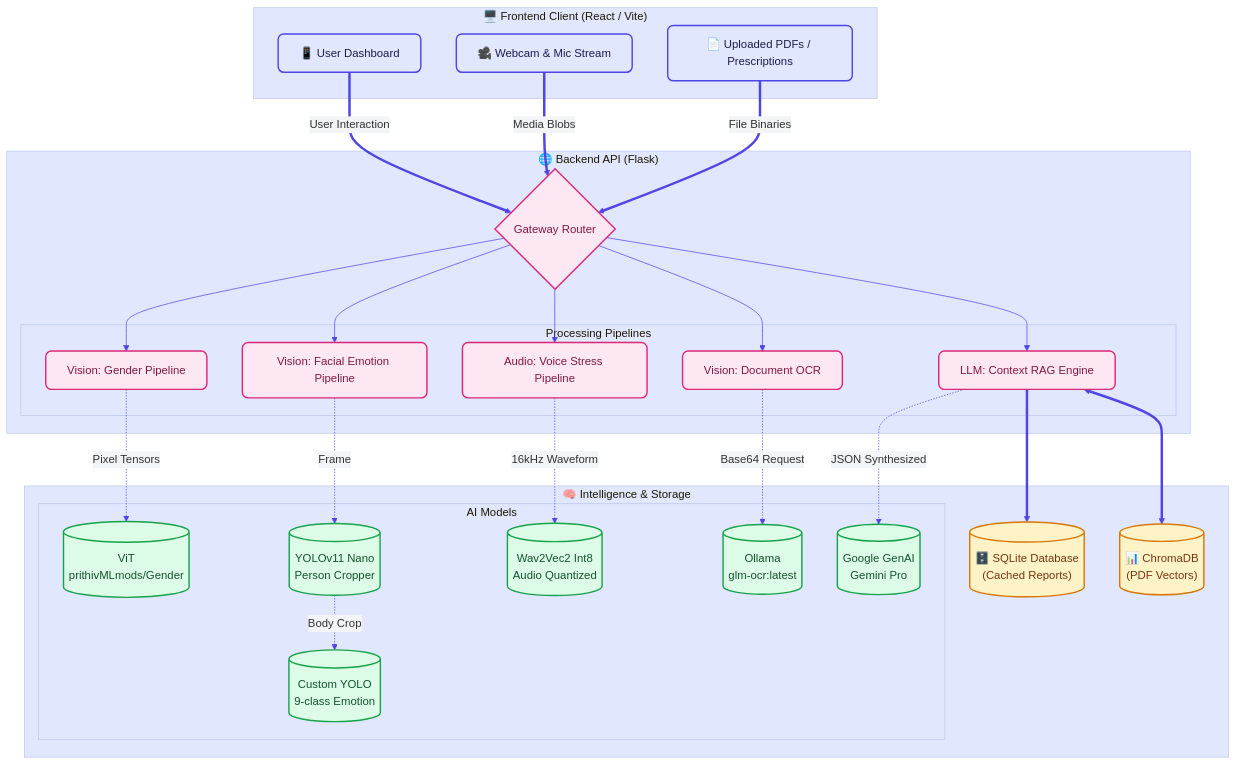
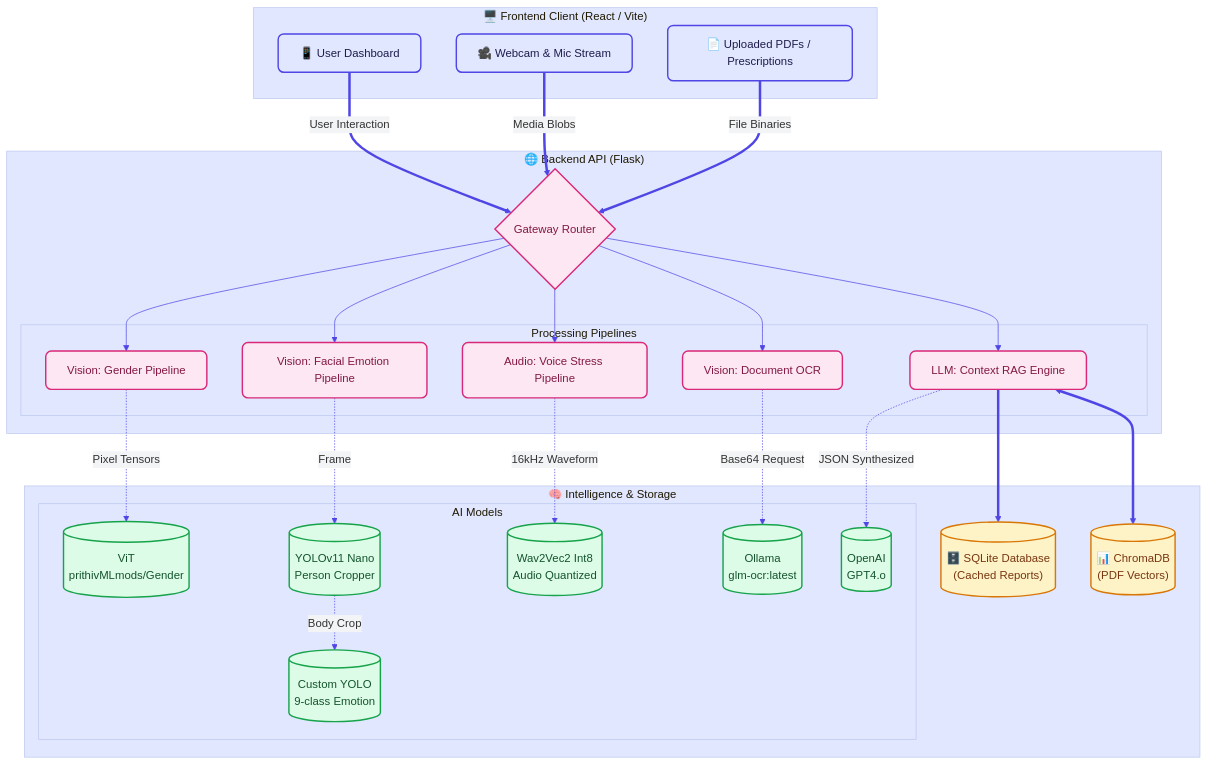
One commit to Dinuk-Di/Prison-Person-Analysis changed the diagram in README.md. Above: the diagram before and after it, drawn with Mermaid. The commit also changed other lines of this file, not shown here.

Commit message:
docs: Update retrospective diagnostics LLM from Google GenAI / Gemini Pro to OpenAI / GPT4.o in README.

````diff
--- a/README.md
+++ b/README.md
@@ -14,66 +14,66 @@
 ```mermaid
 %%{init: {'theme': 'base', 'themeVariables': { 'primaryColor': '#ffffff', 'primaryTextColor': '#333333', 'primaryBorderColor': '#7C3AED', 'lineColor': '#4F46E5', 'secondaryColor': '#F3F4F6', 'tertiaryColor': '#E0E7FF' }}}%%
 graph TD
     classDef frontend fill:#E0E7FF,stroke:#4F46E5,stroke-width:2px,color:#1e1b4b,rx:8px,ry:8px;
     classDef backend fill:#FCE7F3,stroke:#DB2777,stroke-width:2px,color:#831843,rx:8px,ry:8px;
     classDef model fill:#DCFCE7,stroke:#16A34A,stroke-width:2px,color:#14532D,rx:8px,ry:8px;
     classDef database fill:#FEF3C7,stroke:#D97706,stroke-width:2px,color:#78350F,rx:8px,ry:8px;
 
     %% Client Layer
     subgraph Client ["🖥️ Frontend Client (React / Vite)"]
         UI["📱 User Dashboard"]:::frontend
         CAM["🎥 Webcam & Mic Stream"]:::frontend
 DOC["📄 Uploaded PDFs / Prescriptions"]:::frontend
     end
 
     %% API Layer
     subgraph Orchestration ["🌐 Backend API (Flask)"]
         ROUTER{"Gateway Router"}:::backend
 
         subgraph Pipelines ["Processing Pipelines"]
             GENDER["Vision: Gender Pipeline"]:::backend
             EMO_FACE["Vision: Facial Emotion Pipeline"]:::backend
             EMO_VOICE["Audio: Voice Stress Pipeline"]:::backend
             OCR["Vision: Document OCR"]:::backend
             RAG["LLM: Context RAG Engine"]:::backend
         end
     end
 
     %% Data & Intelligence Layer
     subgraph Intelligence ["🧠 Intelligence & Storage"]
         %% Models
         subgraph Machine_Learning ["AI Models"]
             VIT[("ViT <br> prithivMLmods/Gender")]:::model
             Y11[("YOLOv11 Nano <br> Person Cropper")]:::model
             BEST[("Custom YOLO <br> 9-class Emotion")]:::model
             W2V[("Wav2Vec2 Int8 <br> Audio Quantized")]:::model
             GLM[("Ollama <br> glm-ocr:latest")]:::model
-            GENAI[("Google GenAI <br> Gemini Pro")]:::model
+            GENAI[("OpenAI <br> GPT4.o")]:::model
         end
 
         %% Databases
         DB[("🗄️ SQLite Database <br> (Cached Reports)")]:::database
         CHROMA[("📊 ChromaDB <br> (PDF Vectors)")]:::database
     end
 
     %% Connections
     UI ==>|User Interaction| ROUTER
     CAM ==>|Media Blobs| ROUTER
     DOC ==>|File Binaries| ROUTER
 
     ROUTER --> GENDER
     ROUTER --> EMO_FACE
     ROUTER --> EMO_VOICE
     ROUTER --> OCR
     ROUTER --> RAG
 
     GENDER -.->|Pixel Tensors| VIT
     EMO_FACE -.->|Frame| Y11
     Y11 -.->|Body Crop| BEST
     EMO_VOICE -.->|16kHz Waveform| W2V
     OCR -.->|Base64 Request| GLM
 
     RAG -.->|JSON Synthesized| GENAI
     RAG <==> CHROMA
     RAG ==> DB
 ```
````
